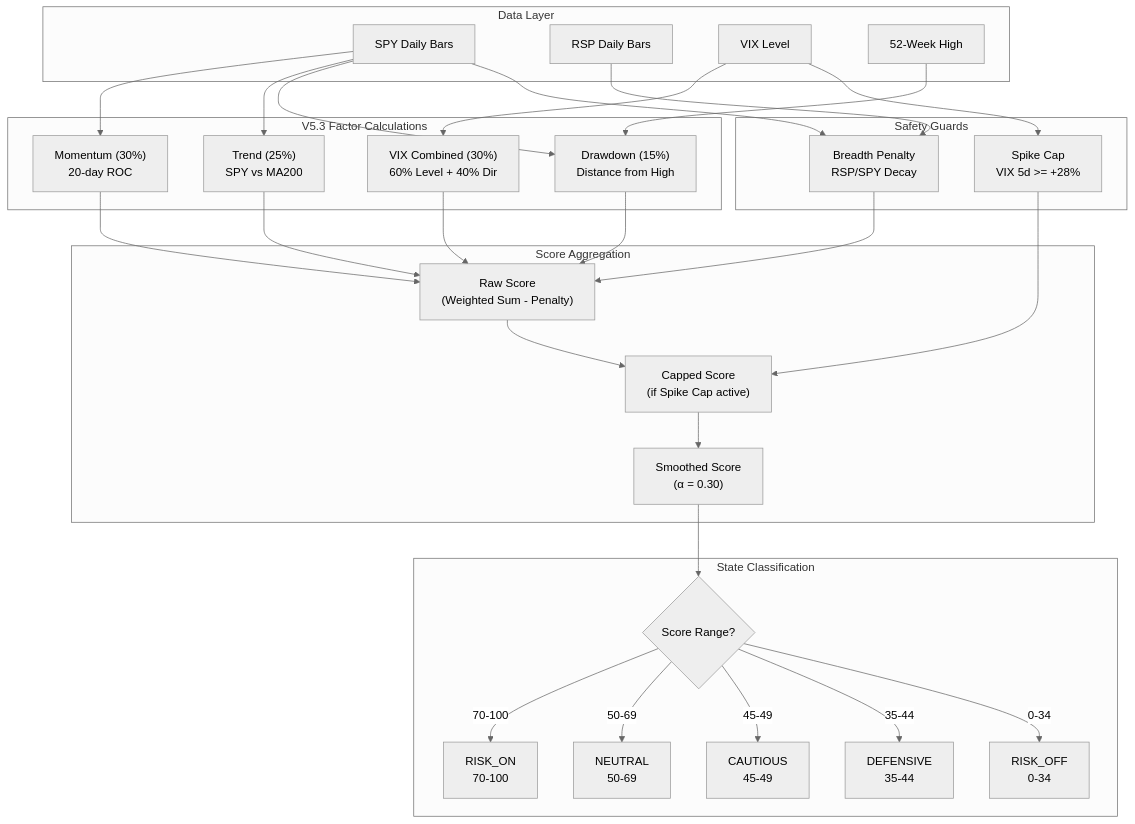
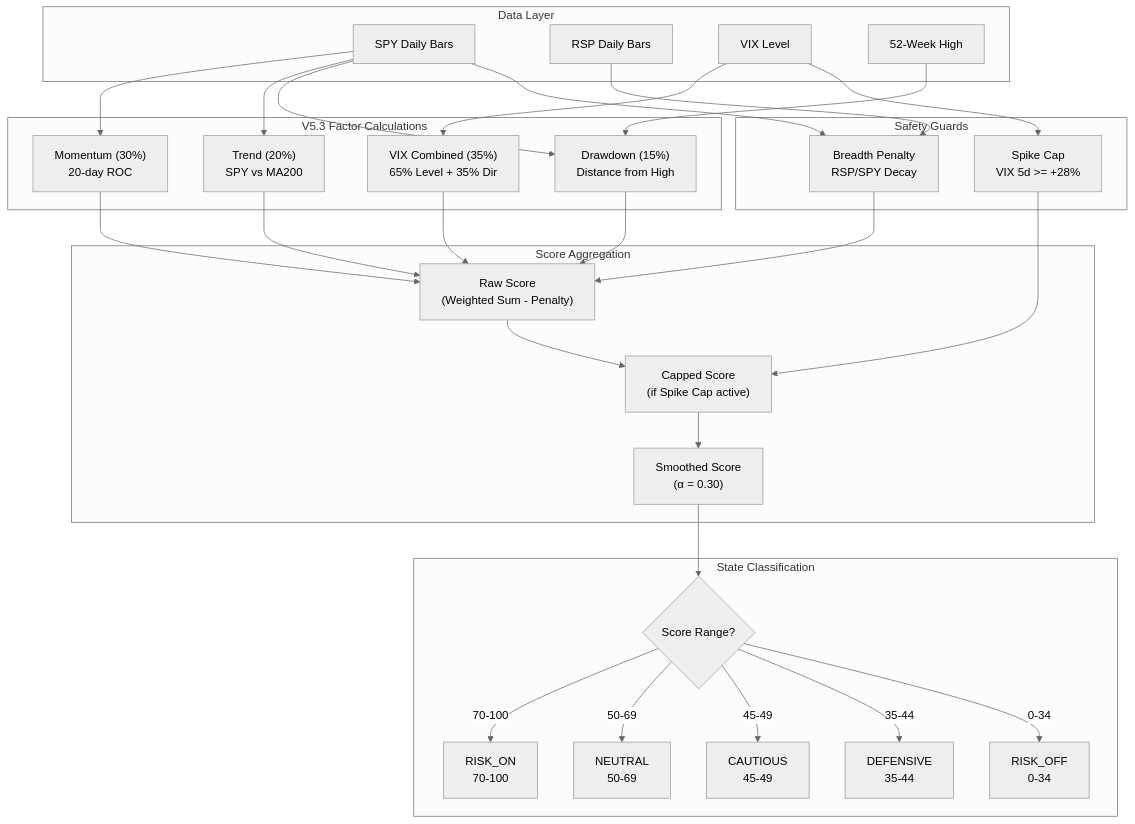
The diagram in docs/system/04-regime-engine.md (vickdavinci/alpha-nextgen-v2-private), drawn with Mermaid (neutral theme) before and after one commit. The commit also changed other lines of this file and 17 other files, not shown here.

````diff
--- a/docs/system/04-regime-engine.md
+++ b/docs/system/04-regime-engine.md
@@ -526,62 +526,62 @@
 ```mermaid
 flowchart TD
     subgraph DATA["Data Layer"]
         SPY["SPY Daily Bars"]
         RSP["RSP Daily Bars"]
         VIX["VIX Level"]
         HIGH["52-Week High"]
     end
 
     subgraph FACTORS["V5.3 Factor Calculations"]
         MOM["Momentum (30%)<br/>20-day ROC"]
-        VIXC["VIX Combined (30%)<br/>60% Level + 40% Dir"]
-        TREND["Trend (25%)<br/>SPY vs MA200"]
+        VIXC["VIX Combined (35%)<br/>65% Level + 35% Dir"]
+        TREND["Trend (20%)<br/>SPY vs MA200"]
         DD["Drawdown (15%)<br/>Distance from High"]
     end
 
     subgraph GUARDS["Safety Guards"]
         SPIKE["Spike Cap<br/>VIX 5d >= +28%"]
         BREADTH["Breadth Penalty<br/>RSP/SPY Decay"]
     end
 
     subgraph AGGREGATION["Score Aggregation"]
         RAW["Raw Score<br/>(Weighted Sum - Penalty)"]
         CAPPED["Capped Score<br/>(if Spike Cap active)"]
         SMOOTH["Smoothed Score<br/>(α = 0.30)"]
     end
 
     subgraph CLASSIFICATION["State Classification"]
         STATE{"Score Range?"}
         RISK_ON["RISK_ON<br/>70-100"]
         NEUTRAL["NEUTRAL<br/>50-69"]
         CAUTIOUS["CAUTIOUS<br/>45-49"]
         DEFENSIVE["DEFENSIVE<br/>35-44"]
         RISK_OFF["RISK_OFF<br/>0-34"]
     end
 
     SPY --> MOM
     SPY --> TREND
     SPY --> DD
     HIGH --> DD
     VIX --> VIXC
     RSP --> BREADTH
     SPY --> BREADTH
 
     MOM --> RAW
     VIXC --> RAW
     TREND --> RAW
     DD --> RAW
     BREADTH --> RAW
 
     VIX --> SPIKE
     SPIKE --> CAPPED
     RAW --> CAPPED
     CAPPED --> SMOOTH
     SMOOTH --> STATE
 
     STATE -->|70-100| RISK_ON
     STATE -->|50-69| NEUTRAL
     STATE -->|45-49| CAUTIOUS
     STATE -->|35-44| DEFENSIVE
     STATE -->|0-34| RISK_OFF
 ```
````
